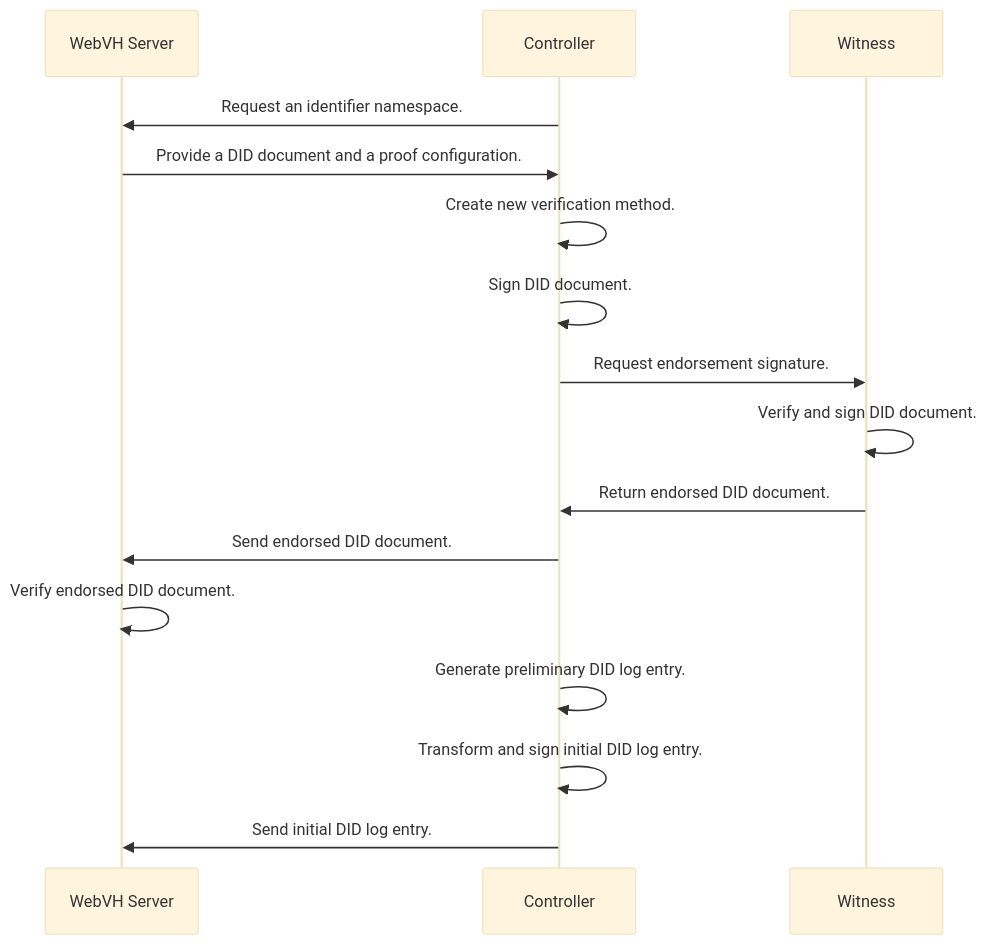
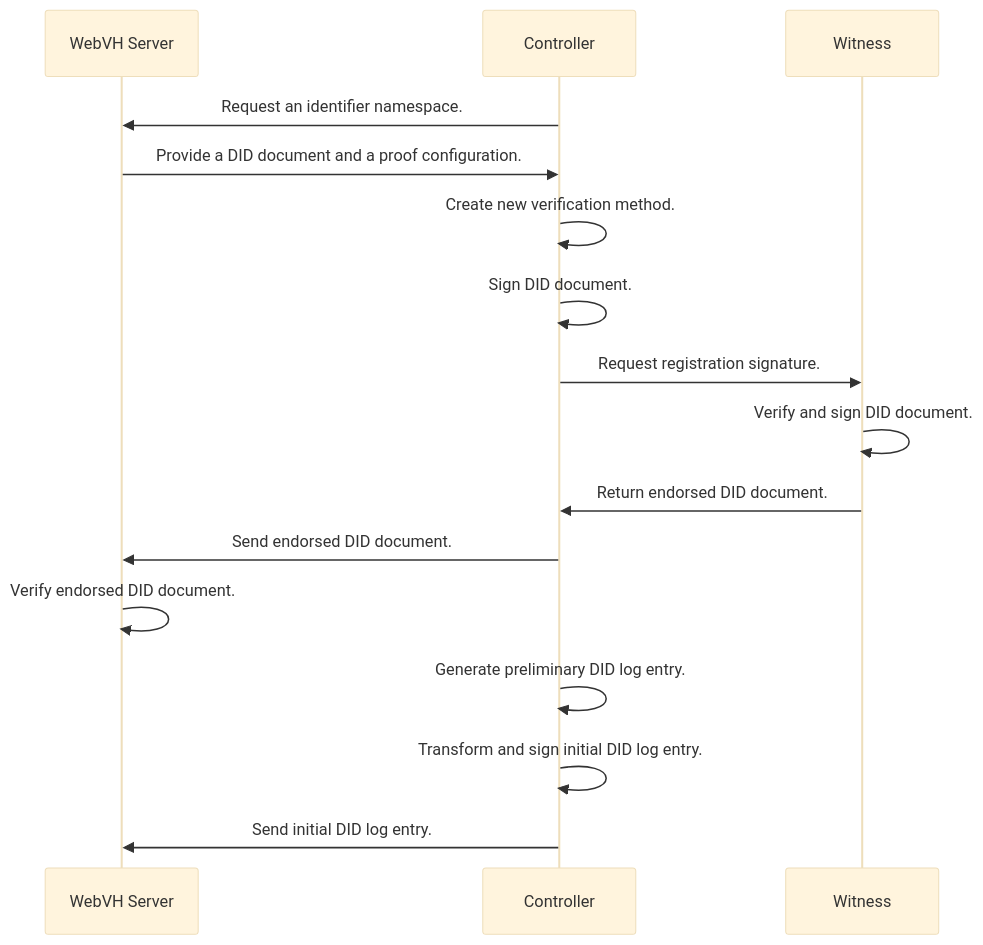
The diagram in README.md (decentralized-identity/didwebvh-server-py), drawn with Mermaid (base theme) before and after one commit. The commit also changed other lines of this file and 8 other files, not shown here.

````diff
--- a/README.md
+++ b/README.md
@@ -28,18 +28,18 @@
 ```mermaid
 sequenceDiagram
     participant WebVH Server
     participant Controller
     participant Witness
     Controller->>WebVH Server: Request an identifier namespace.
     WebVH Server->>Controller: Provide a DID document and a proof configuration.
     Controller->>Controller: Create new verification method.
     Controller->>Controller: Sign DID document.
-    Controller->>Witness: Request endorsement signature.
+    Controller->>Witness: Request registration signature.
     Witness->>Witness: Verify and sign DID document.
     Witness->>Controller: Return endorsed DID document.
     Controller->>WebVH Server: Send endorsed DID document.
     WebVH Server->>WebVH Server: Verify endorsed DID document.
     Controller->>Controller: Generate preliminary DID log entry.
     Controller->>Controller: Transform and sign initial DID log entry.
     Controller->>WebVH Server: Send initial DID log entry.
 ```
````
